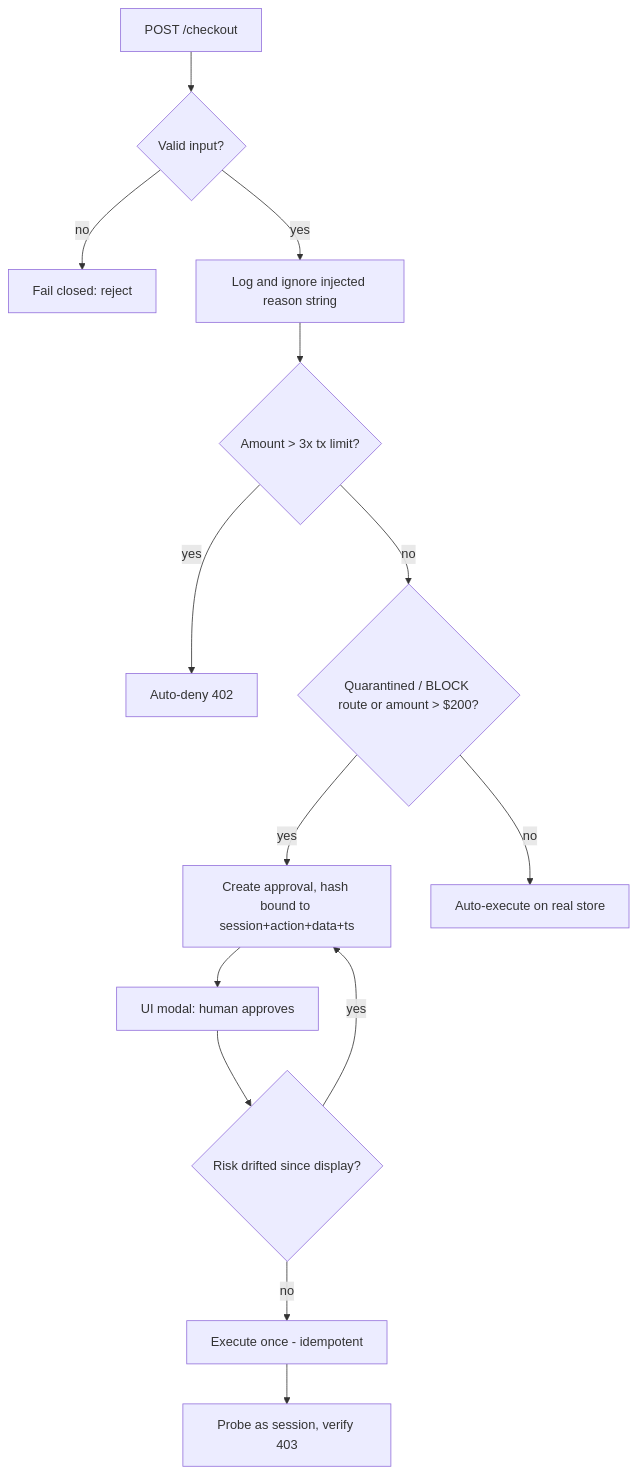
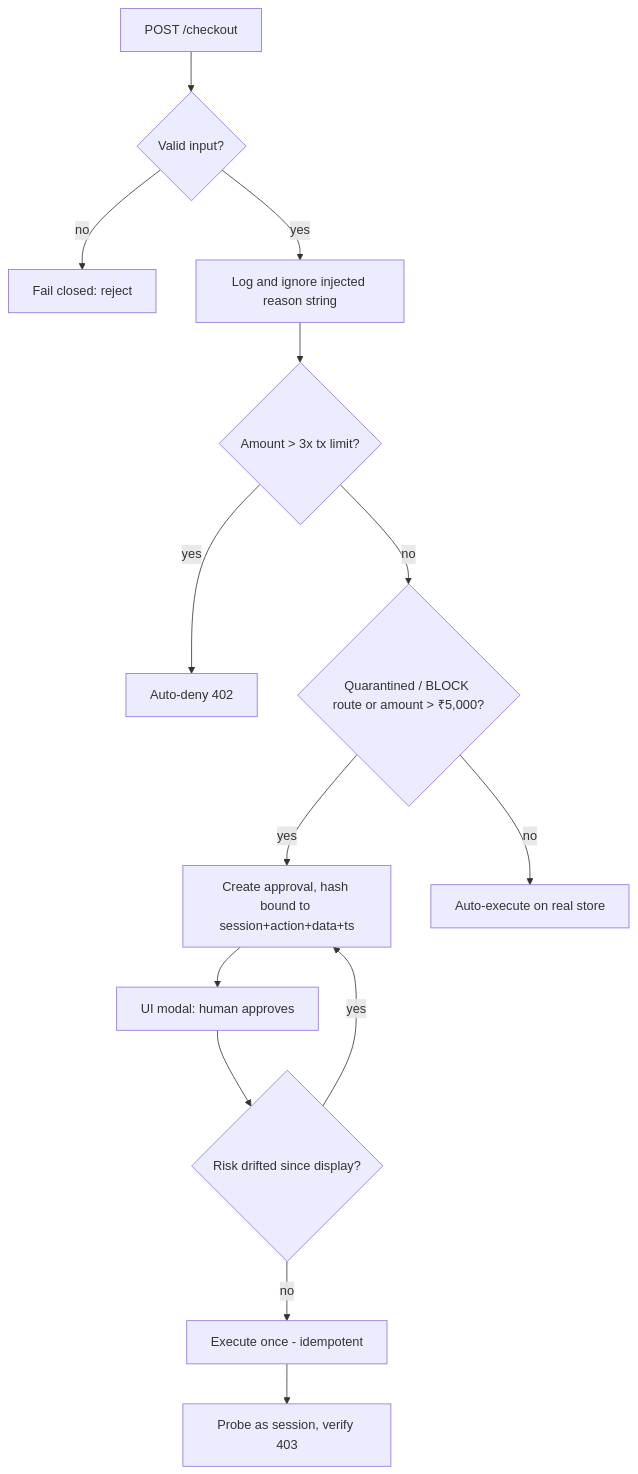
Before and after one commit to Mohammad-Palla/agent-lite-hai: the second of 3 diagrams in PIPELINE.md, drawn with Mermaid. The commit also changed other lines of this file and 23 other files, not shown here.

````diff
--- a/PIPELINE.md
+++ b/PIPELINE.md
@@ -50,16 +50,16 @@
 ```mermaid
 flowchart TD
     C[POST /checkout] --> V{Valid input?}
     V -- no --> F[Fail closed: reject]
     V -- yes --> I[Log and ignore injected reason string]
     I --> X{Amount > 3x tx limit?}
     X -- yes --> D[Auto-deny 402]
-    X -- no --> Q{Quarantined / BLOCK route or amount > $200?}
+    X -- no --> Q{Quarantined / BLOCK route or amount > ₹5,000?}
     Q -- yes --> H[Create approval, hash bound to session+action+data+ts]
     H --> M[UI modal: human approves]
     M --> R{Risk drifted since display?}
     R -- yes --> H
     R -- no --> E[Execute once - idempotent]
     E --> P[Probe as session, verify 403]
     Q -- no --> OK[Auto-execute on real store]
 ```
````
